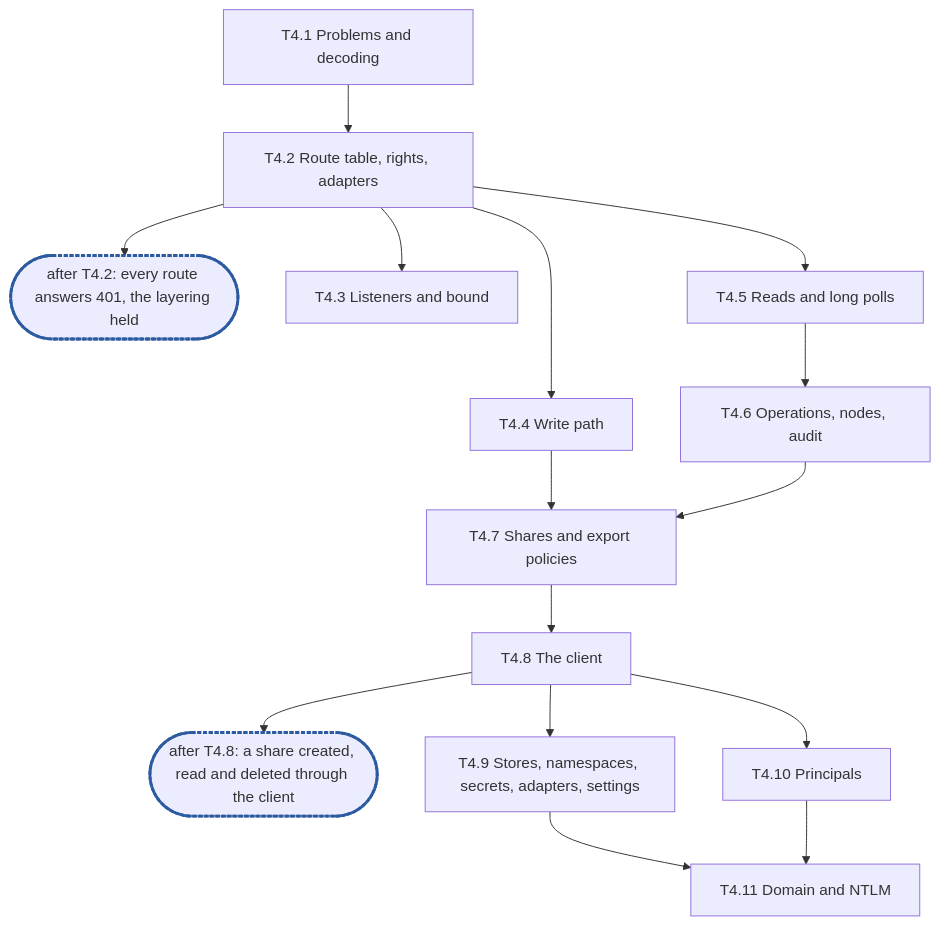
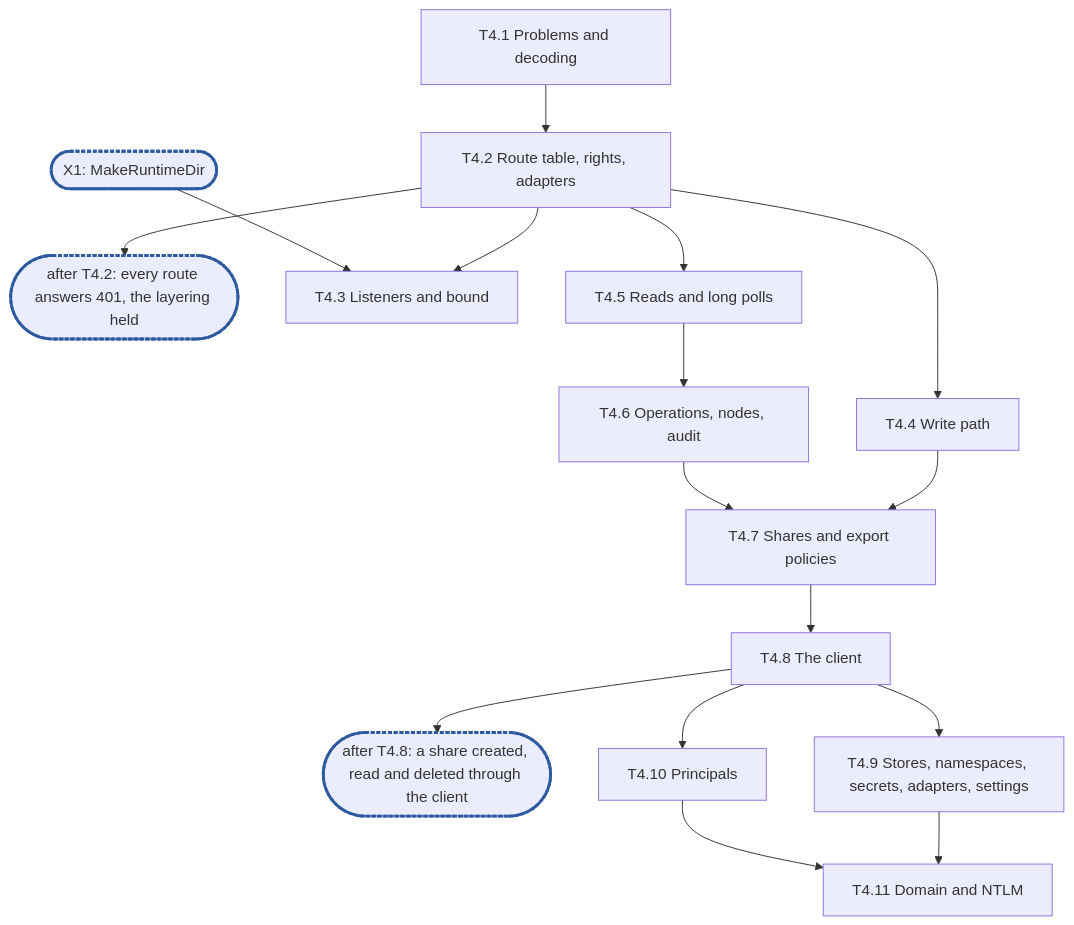
Before and after one commit to cubbit/dittofs: the diagram in .planning/rfc-23-control-plane-epic4.md, drawn with Mermaid. The commit also changed other lines of this file and 4 other files, not shown here.

````diff
--- a/.planning/rfc-23-control-plane-epic4.md
+++ b/.planning/rfc-23-control-plane-epic4.md
@@ -893,16 +893,17 @@
 ```mermaid
 flowchart TD
   T4_1["T4.1 Problems and decoding"] --> T4_2["T4.2 Route table, rights, adapters"]
   T4_2 --> C1(["after T4.2: every route answers 401, the layering held"]):::sync
   T4_2 --> T4_3["T4.3 Listeners and bound"]
+  X1(["X1: MakeRuntimeDir"]):::sync --> T4_3
   T4_2 --> T4_4["T4.4 Write path"]
   T4_2 --> T4_5["T4.5 Reads and long polls"]
   T4_5 --> T4_6["T4.6 Operations, nodes, audit"]
   T4_4 & T4_6 --> T4_7["T4.7 Shares and export policies"]
   T4_7 --> T4_8["T4.8 The client"]
   T4_8 --> C2(["after T4.8: a share created, read and deleted through the client"]):::sync
   T4_8 --> T4_9["T4.9 Stores, namespaces, secrets, adapters, settings"]
   T4_8 --> T4_10["T4.10 Principals"]
   T4_9 & T4_10 --> T4_11["T4.11 Domain and NTLM"]
   classDef sync stroke:#2c5aa0,stroke-width:3px,stroke-dasharray:4 2
 ```
````
